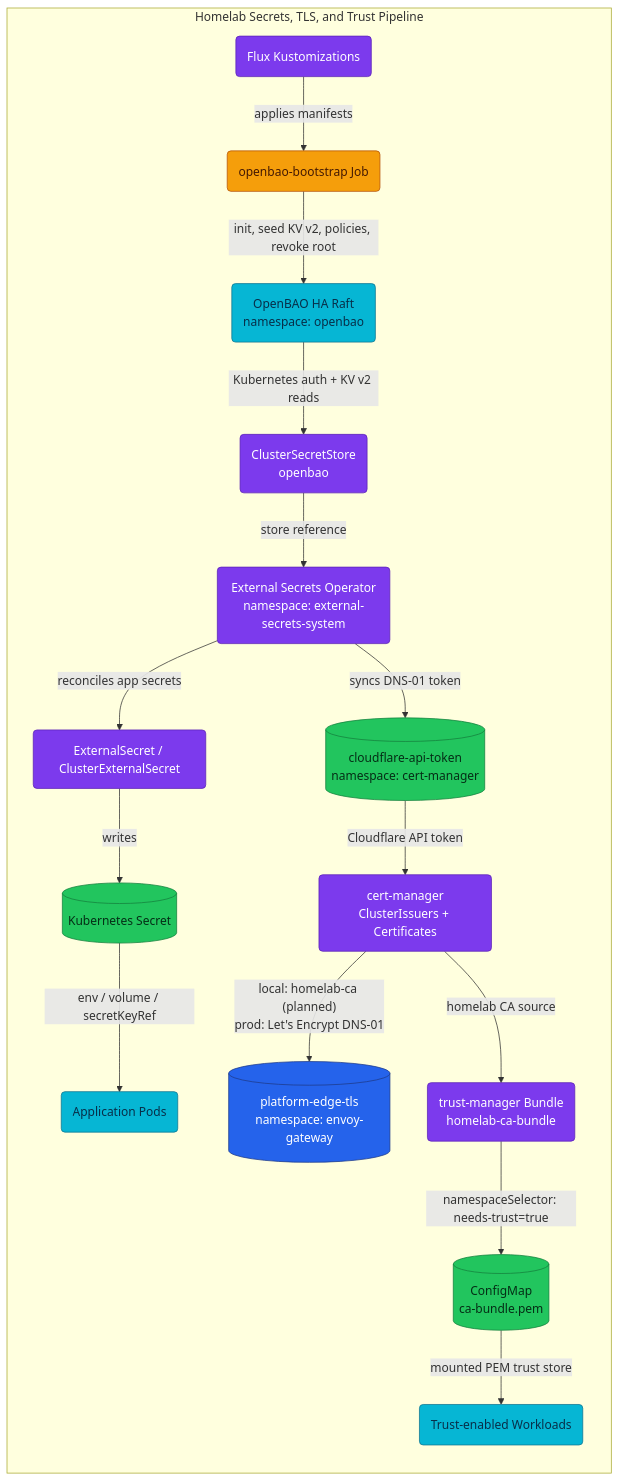
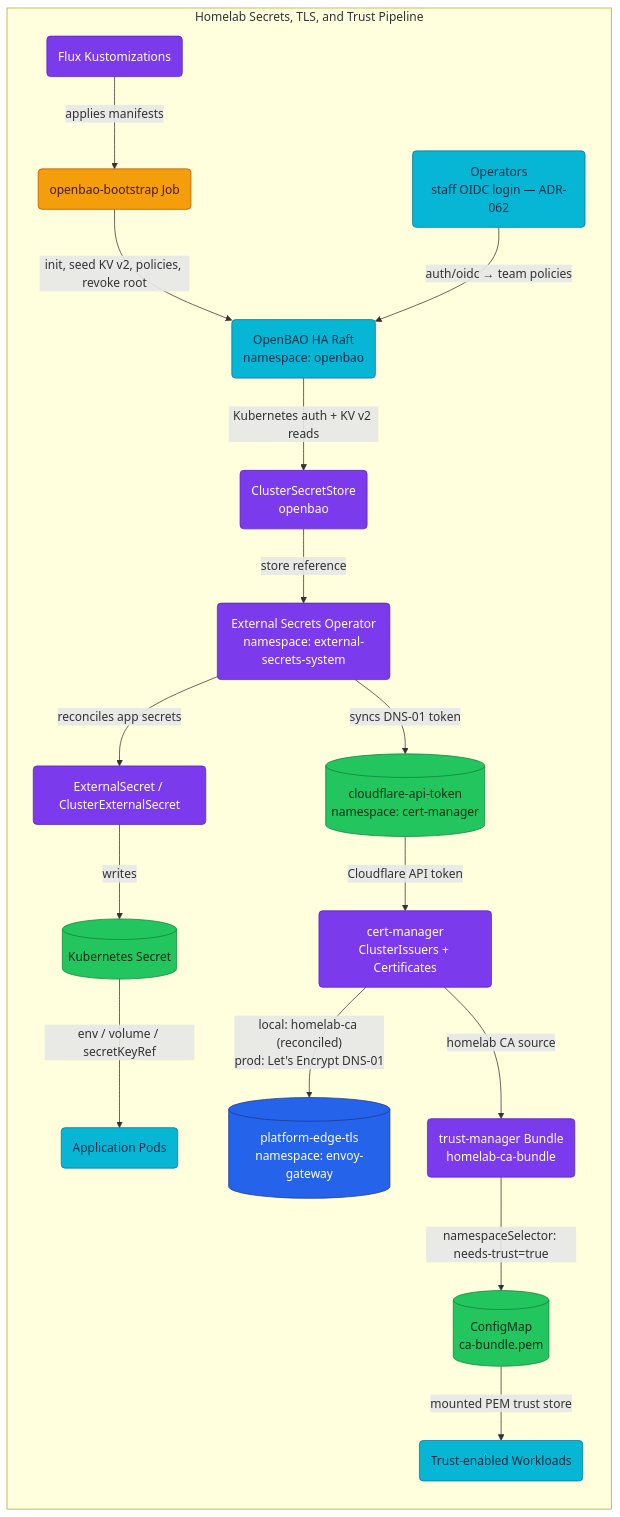
Before and after one commit to duynhlab/homelab: the first of 3 diagrams in docs/secrets/README.md, drawn with Mermaid. The commit also changed other lines of this file and 24 other files, not shown here.

````diff
--- a/docs/secrets/README.md
+++ b/docs/secrets/README.md
@@ -51,42 +51,45 @@
 ```mermaid
 graph TD
 subgraph homelab["Homelab Secrets, TLS, and Trust Pipeline"]
     direction TB
     flux(Flux Kustomizations):::platform
     bootstrap(openbao-bootstrap Job):::worker
     bao(OpenBAO HA Raft<br/>namespace: openbao):::service
     css(ClusterSecretStore<br/>openbao):::platform
     eso(External Secrets Operator<br/>namespace: external-secrets-system):::platform
     es(ExternalSecret / ClusterExternalSecret):::platform
     k8ssecret[(Kubernetes Secret)]:::data
     apps(Application Pods):::service
     cfsecret[(cloudflare-api-token<br/>namespace: cert-manager)]:::data
     cm(cert-manager<br/>ClusterIssuers + Certificates):::platform
     edgecert[(platform-edge-tls<br/>namespace: envoy-gateway)]:::edge
     tm(trust-manager Bundle<br/>homelab-ca-bundle):::platform
     cabundle[(ConfigMap<br/>ca-bundle.pem)]:::data
     trusted(Trust-enabled Workloads):::service
 
+    staff(Operators<br/>staff OIDC login — ADR-062):::service
+
     flux -->|"applies manifests"| bootstrap
     bootstrap -->|"init, seed KV v2, policies, revoke root"| bao
+    staff -->|"auth/oidc → team policies"| bao
     bao -->|"Kubernetes auth + KV v2 reads"| css
     css -->|"store reference"| eso
     eso -->|"reconciles app secrets"| es
     es -->|"writes"| k8ssecret
     k8ssecret -->|"env / volume / secretKeyRef"| apps
     eso -->|"syncs DNS-01 token"| cfsecret
     cfsecret -->|"Cloudflare API token"| cm
-    cm -->|"local: homelab-ca (planned)<br/>prod: Let's Encrypt DNS-01"| edgecert
+    cm -->|"local: homelab-ca (reconciled)<br/>prod: Let's Encrypt DNS-01"| edgecert
     cm -->|"homelab CA source"| tm
     tm -->|"namespaceSelector: needs-trust=true"| cabundle
     cabundle -->|"mounted PEM trust store"| trusted
 end
 
 classDef edge fill:#2563eb,color:#fff,stroke:#1e3a8a;
 classDef service fill:#06b6d4,color:#082f49,stroke:#0e7490;
 classDef worker fill:#f59e0b,color:#451a03,stroke:#b45309;
 classDef platform fill:#7c3aed,color:#fff,stroke:#5b21b6;
 classDef data fill:#22c55e,color:#052e16,stroke:#15803d;
 classDef external fill:#64748b,color:#fff,stroke:#334155;
 classDef planned fill:#fff,color:#475569,stroke:#64748b,stroke-dasharray:5 5;
 ```
````
